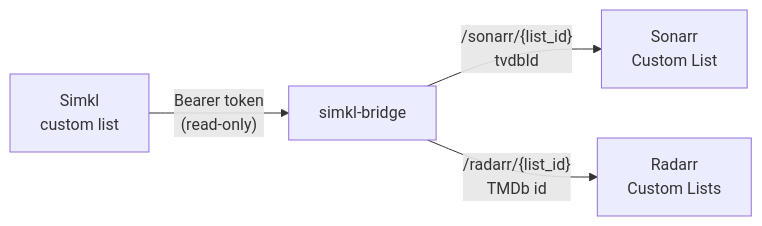
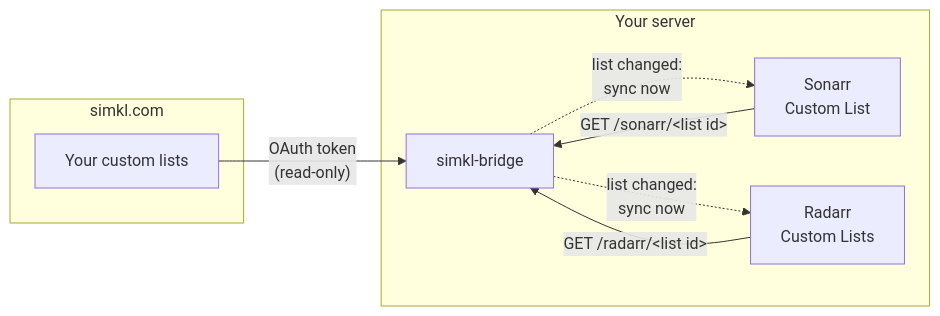
Before and after one commit to jad0083/simkl-bridge: the first of 2 diagrams in README.md, drawn with Mermaid. The commit also changed other lines of this file, not shown here.

First line of the commit message:
docs: rewrite the README for people bringing Simkl custom lists to their *arrs

````diff
--- a/README.md
+++ b/README.md
@@ -15,6 +60,16 @@
 ```mermaid
 flowchart LR
-    S["Simkl<br/>custom list"] -- "Bearer token<br/>(read-only)" --> B["simkl-bridge"]
-    B -- "/sonarr/{list_id}<br/>tvdbId" --> SO["Sonarr<br/>Custom List"]
-    B -- "/radarr/{list_id}<br/>TMDb id" --> RA["Radarr<br/>Custom Lists"]
+    subgraph simkl["simkl.com"]
+        L["Your custom lists"]
+    end
+    subgraph home["Your server"]
+        B["simkl-bridge"]
+        S["Sonarr<br/>Custom List"]
+        R["Radarr<br/>Custom Lists"]
+    end
+    L -- "OAuth token<br/>(read-only)" --> B
+    S -- "GET /sonarr/&lt;list id&gt;" --> B
+    R -- "GET /radarr/&lt;list id&gt;" --> B
+    B -. "list changed:<br/>sync now" .-> S
+    B -. "list changed:<br/>sync now" .-> R
 ```
````
